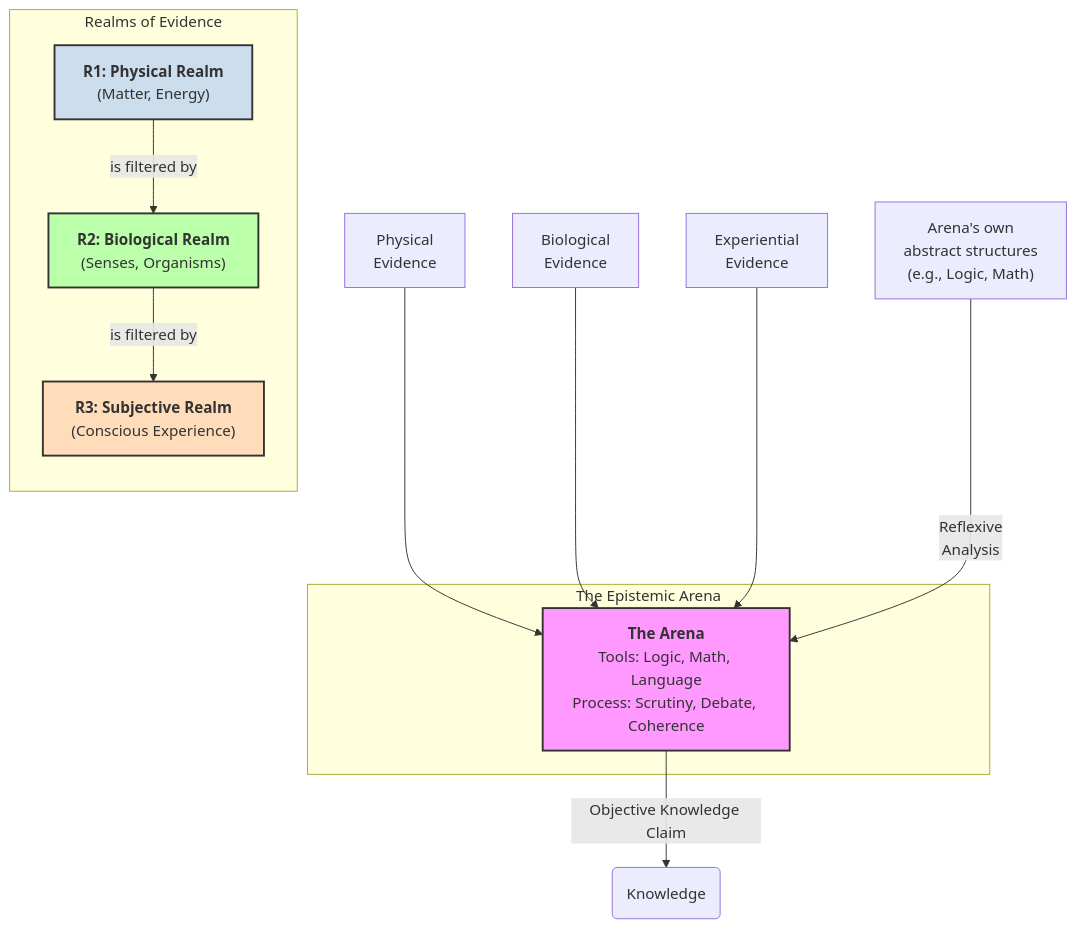
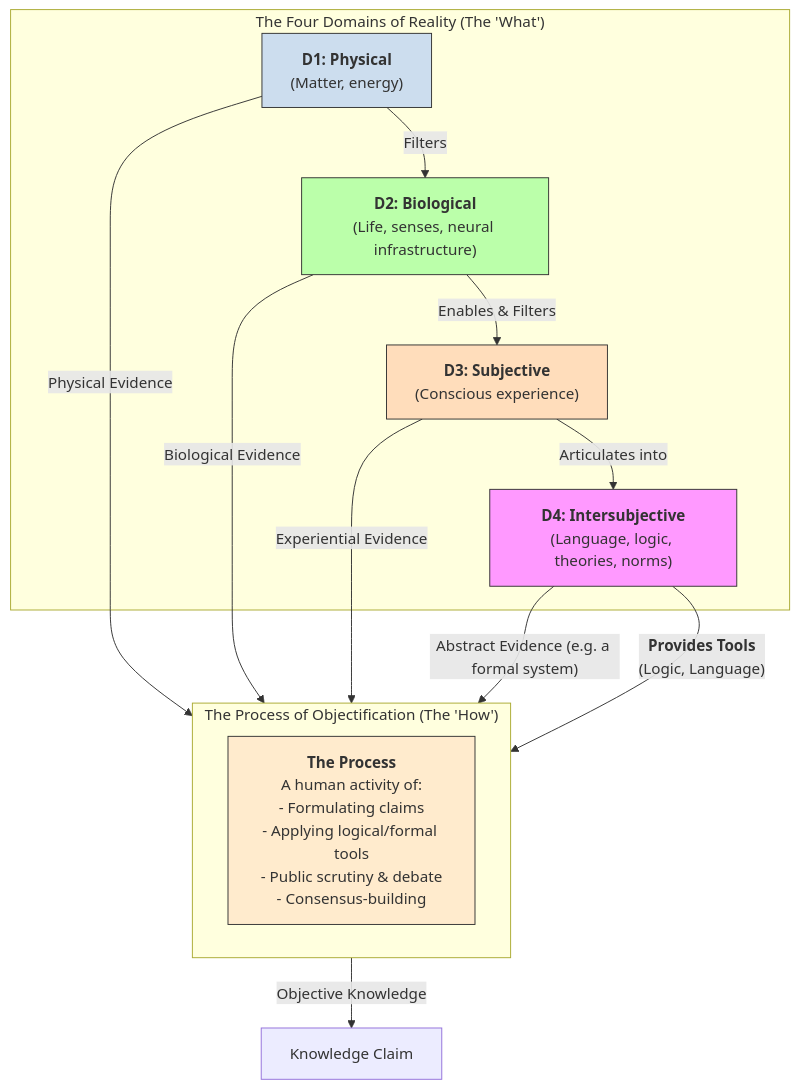
The diagram in First Draft/Introduction.md (AdamQJSmith/Reality-in-Layers), drawn with Mermaid before and after one commit. The commit also changed other lines of this file, not shown here.

Commit message:
updated introduction

````diff
--- a/First Draft/Introduction.md
+++ b/First Draft/Introduction.md
@@ -32,29 +18,32 @@
 ```mermaid
-graph TD
-    subgraph "Realms of Evidence"
-        direction TB
-        R1["<b>R1: Physical Realm</b><br/>(Matter, Energy)"]
-        R2["<b>R2: Biological Realm</b><br/>(Senses, Organisms)"]
-        R3["<b>R3: Subjective Realm</b><br/>(Conscious Experience)"]
+graph TD;
+    subgraph "The Four Domains of Reality (The 'What')"
+        D1["<b>D1: Physical</b><br/>(Matter, energy)"]
+        D2["<b>D2: Biological</b><br/>(Life, senses, neural infrastructure)"]
+        D3["<b>D3: Subjective</b><br/>(Conscious experience)"]
+        D4["<b>D4: Intersubjective</b><br/>(Language, logic, theories, norms)"]
     end
 
-    subgraph "The Epistemic Arena"
-        A["<b>The Arena</b><br/>Tools: Logic, Math, Language<br/>Process: Scrutiny, Debate, Coherence"]
+    subgraph "The Process of Objectification (The 'How')"
+        direction LR
+        P["<b>The Process</b><br/>A human activity of:<br/>- Formulating claims<br/>- Applying logical/formal tools<br/>- Public scrutiny & debate<br/>- Consensus-building"]
     end
+
+    D1 -- "Filters" --> D2
+    D2 -- "Enables & Filters" --> D3
+    D3 -- "Articulates into" --> D4
     
-    R1 -- "is filtered by" --> R2
-    R2 -- "is filtered by" --> R3
+    D1 -- "Physical Evidence" --> P
+    D2 -- "Biological Evidence" --> P
+    D3 -- "Experiential Evidence" --> P
+    D4 -- "Abstract Evidence (e.g. a formal system)" --> P
+    D4 -- "<b>Provides Tools</b><br/>(Logic, Language)" --> P
     
-    R1_E["Physical<br/>Evidence"] --> A
-    R2_E["Biological<br/>Evidence"] --> A
-    R3_E["Experiential<br/>Evidence"] --> A
-
-    A_Reflexive["Arena's own<br/>abstract structures<br/>(e.g., Logic, Math)"] -- "Reflexive<br/>Analysis" --> A
-
-    A -->|"Objective Knowledge Claim"| K(Knowledge)
-
-    style A fill:#f9f,stroke:#333,stroke-width:2px
-    style R1 fill:#cde,stroke:#333,stroke-width:2px
-    style R2 fill:#bfa,stroke:#333,stroke-width:2px
-    style R3 fill:#fdb,stroke:#333,stroke-width:2px
+    P --> |"Objective Knowledge"| K[Knowledge Claim]
+    
+    style D1 fill:#cde,stroke:#333
+    style D2 fill:#bfa,stroke:#333
+    style D3 fill:#fdb,stroke:#333
+    style D4 fill:#f9f,stroke:#333
+    style P fill:#FFEBCD,stroke:#333
 ```
````
